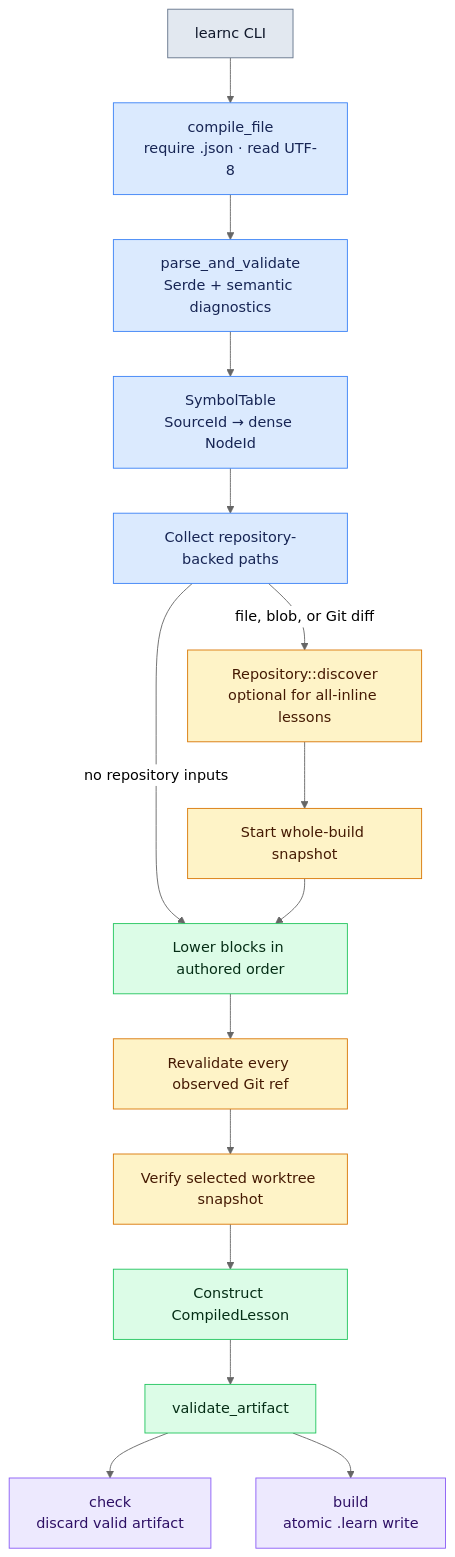
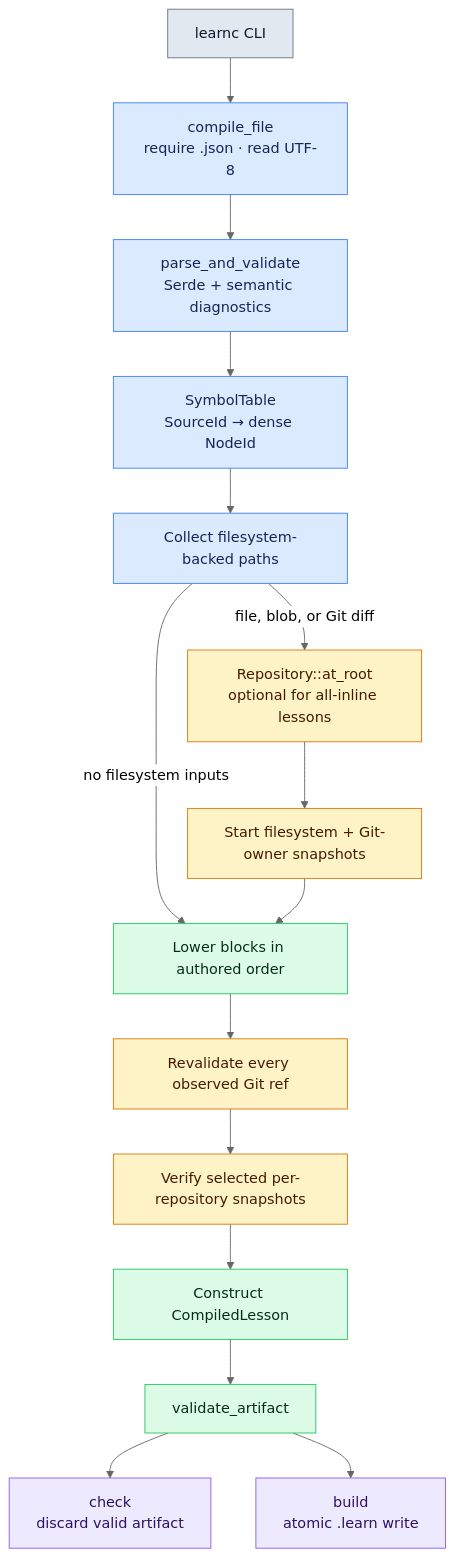
One commit to negative-nilgiri/teacher changed the second of 5 diagrams in docs/DEVELOPMENT.md. Above: the diagram before and after it, drawn with Mermaid (neutral theme). The commit also changed other lines of this file and 131 other files, not shown here.

````diff
--- a/docs/DEVELOPMENT.md
+++ b/docs/DEVELOPMENT.md
@@ -116,36 +117,36 @@
 ```mermaid
 flowchart TD
     Cli["learnc CLI"]
     Read["compile_file<br/>require .json · read UTF-8"]
     Parse["parse_and_validate<br/>Serde + semantic diagnostics"]
     Symbols["SymbolTable<br/>SourceId → dense NodeId"]
-    Paths["Collect repository-backed paths"]
-    Discover["Repository::discover<br/>optional for all-inline lessons"]
-    Snapshot["Start whole-build snapshot"]
+    Paths["Collect filesystem-backed paths"]
+    Discover["Repository::at_root<br/>optional for all-inline lessons"]
+    Snapshot["Start filesystem + Git-owner snapshots"]
     Lower["Lower blocks in authored order"]
     Refs["Revalidate every observed Git ref"]
-    Verify["Verify selected worktree snapshot"]
+    Verify["Verify selected per-repository snapshots"]
     Build["Construct CompiledLesson"]
     Contract["validate_artifact"]
     Check["check<br/>discard valid artifact"]
     Write["build<br/>atomic .learn write"]
 
     Cli --> Read --> Parse --> Symbols --> Paths
-    Paths -->|"no repository inputs"| Lower
+    Paths -->|"no filesystem inputs"| Lower
     Paths -->|"file, blob, or Git diff"| Discover --> Snapshot --> Lower
     Lower --> Refs --> Verify --> Build --> Contract
     Contract --> Check
     Contract --> Write
 
     classDef cli fill:#e2e8f0,stroke:#64748b,color:#0f172a
     classDef validation fill:#dbeafe,stroke:#3b82f6,color:#172554
     classDef repository fill:#fef3c7,stroke:#d97706,color:#451a03
     classDef transform fill:#dcfce7,stroke:#22c55e,color:#052e16
     classDef output fill:#ede9fe,stroke:#8b5cf6,color:#2e1065
 
     class Cli cli
     class Read,Parse,Symbols,Paths validation
     class Discover,Snapshot,Refs,Verify repository
     class Lower,Build,Contract transform
     class Check,Write output
 ```
````
